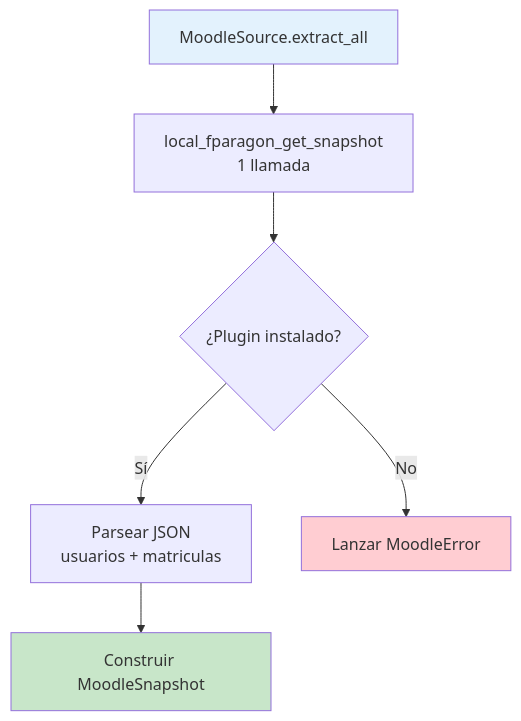
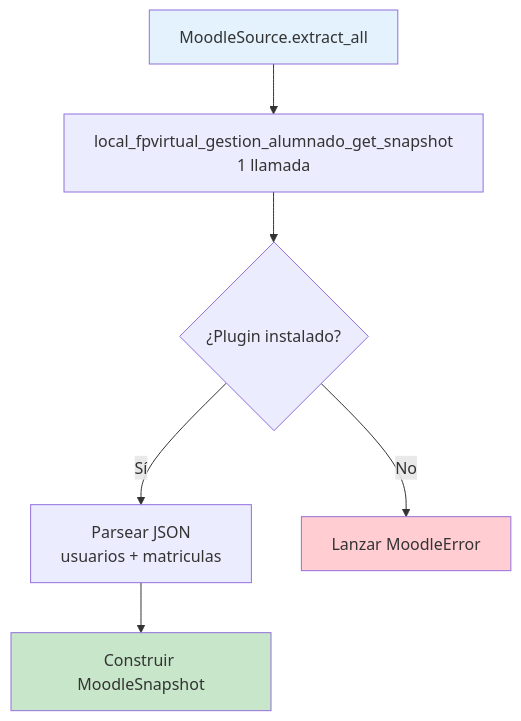
The fifth of 13 diagrams in docus/flujos.md (FPVirtual/fp-virtual-gestion-alumnos), drawn with Mermaid before and after one commit. The commit also changed 30 other files, not shown here.

````diff
--- a/docus/flujos.md
+++ b/docus/flujos.md
@@ -237,12 +237,12 @@
 ```mermaid
 flowchart TD
-    A[MoodleSource.extract_all] --> B[local_fparagon_get_snapshot<br/>1 llamada]
+    A[MoodleSource.extract_all] --> B[local_fpvirtual_gestion_alumnado_get_snapshot<br/>1 llamada]
     B --> C{¿Plugin instalado?}
     C -->|Sí| D[Parsear JSON<br/>usuarios + matriculas]
     C -->|No| E[Lanzar MoodleError]
     D --> F[Construir MoodleSnapshot]
 
     style A fill:#e3f2fd
     style F fill:#c8e6c9
     style E fill:#ffcdd2
 ```
````
